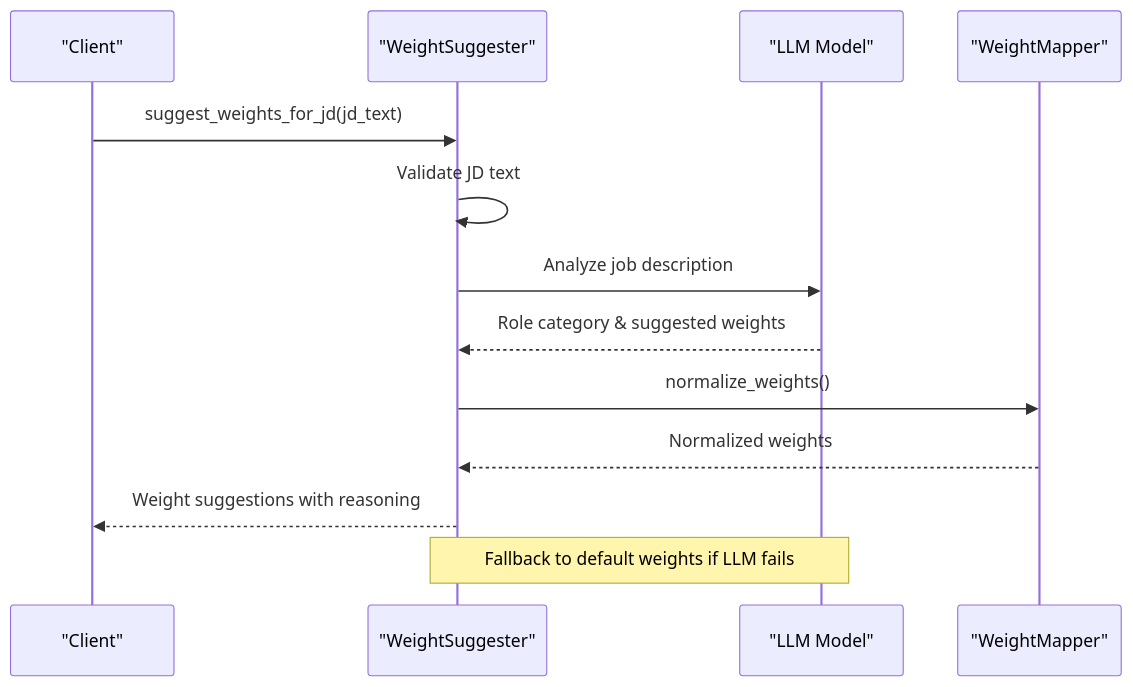
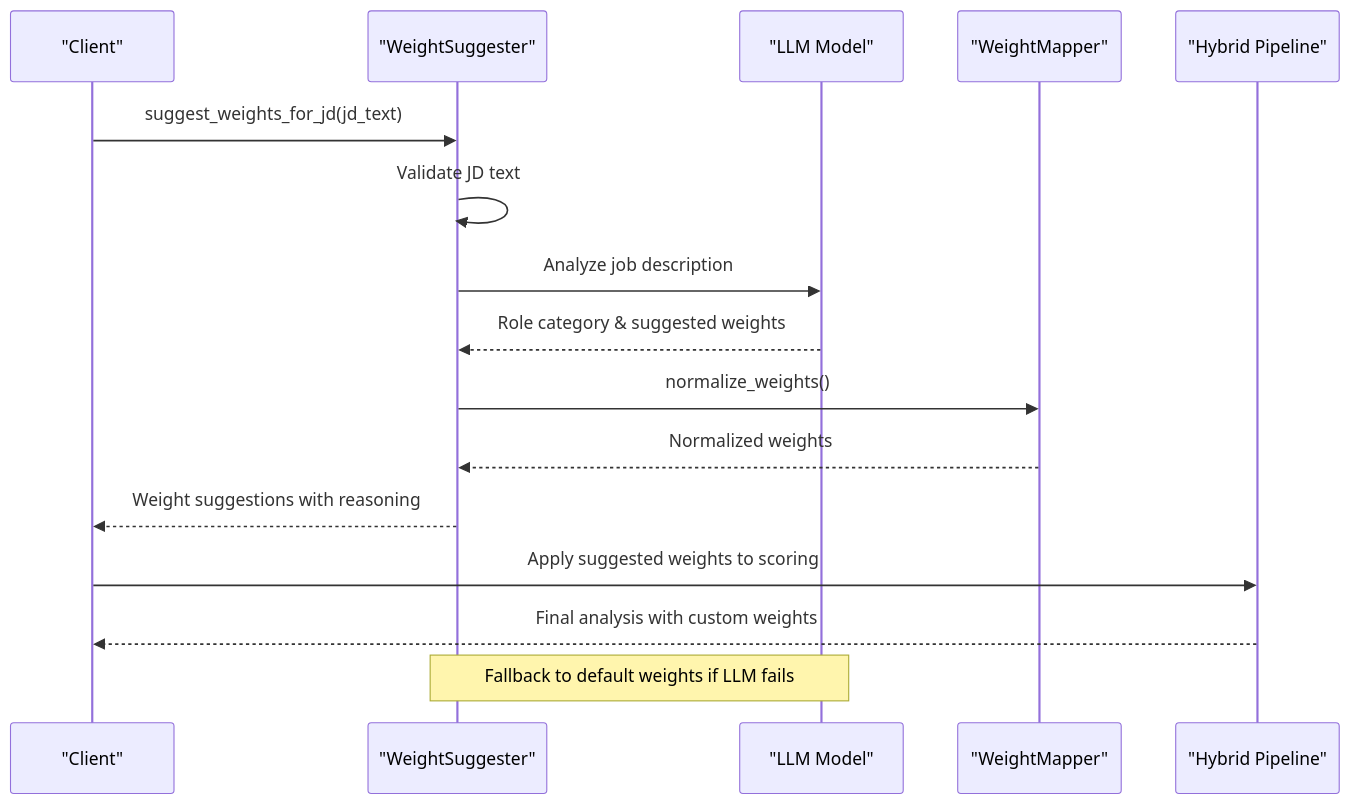
The third of 8 diagrams in .qoder/repowiki/en/content/Analysis Engine/Fit Scoring System.md (Revanththetalogics/aireume), drawn with Mermaid before and after one commit. The commit also changed other lines of this file and 11 other files, not shown here.

````diff
--- a/.qoder/repowiki/en/content/Analysis Engine/Fit Scoring System.md
+++ b/.qoder/repowiki/en/content/Analysis Engine/Fit Scoring System.md
@@ -196,15 +180,18 @@
 ```mermaid
 sequenceDiagram
 participant Client as "Client"
 participant Suggester as "WeightSuggester"
 participant LLM as "LLM Model"
 participant Mapper as "WeightMapper"
+participant Pipeline as "Hybrid Pipeline"
 Client->>Suggester : suggest_weights_for_jd(jd_text)
 Suggester->>Suggester : Validate JD text
 Suggester->>LLM : Analyze job description
 LLM-->>Suggester : Role category & suggested weights
 Suggester->>Mapper : normalize_weights()
 Mapper-->>Suggester : Normalized weights
 Suggester-->>Client : Weight suggestions with reasoning
+Client->>Pipeline : Apply suggested weights to scoring
+Pipeline-->>Client : Final analysis with custom weights
 Note over Suggester,LLM : Fallback to default weights if LLM fails
 ```
````
